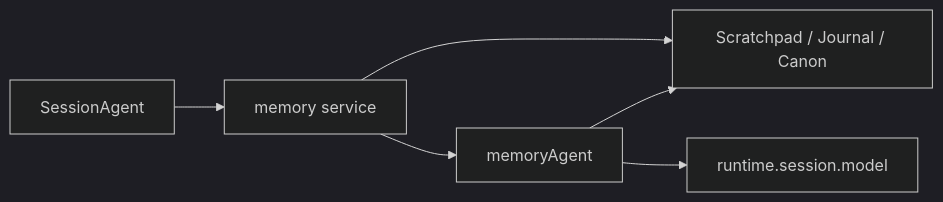
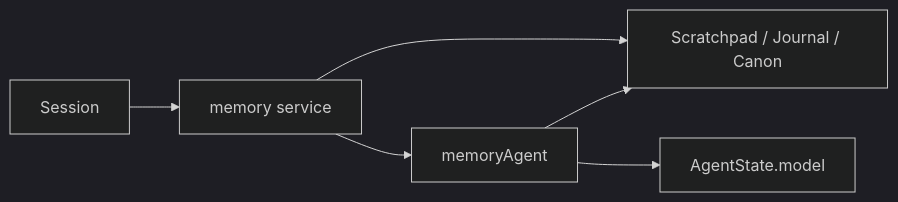
Before and after one commit to wangenius/downcity: the first of 3 diagrams in homepage/content/devdocs/zh/memory/memory-agent.mdx, drawn with Mermaid (dark theme). The commit also changed other lines of this file and 37 other files, not shown here.

````diff
--- a/homepage/content/devdocs/zh/memory/memory-agent.mdx
+++ b/homepage/content/devdocs/zh/memory/memory-agent.mdx
@@ -67,14 +65,14 @@
 ```mermaid
 flowchart LR
-  CA["SessionAgent"]
+  S["Session"]
   MS["memory service"]
   MA["memoryAgent"]
   CORE["Scratchpad / Journal / Canon"]
-  MODEL["runtime.session.model"]
+  MODEL["AgentState.model"]
 
-  CA --> MS
+  S --> MS
   MS --> CORE
   MS --> MA
   MA --> CORE
   MA --> MODEL
 ```
````
